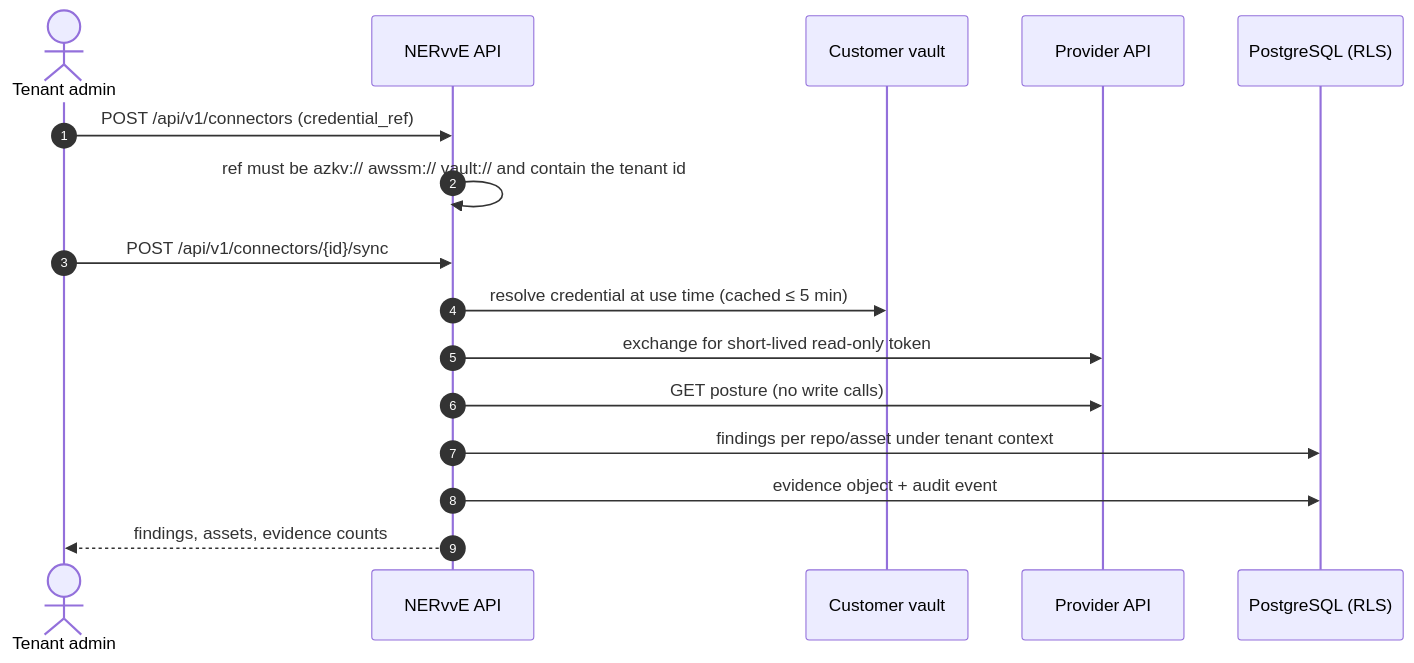
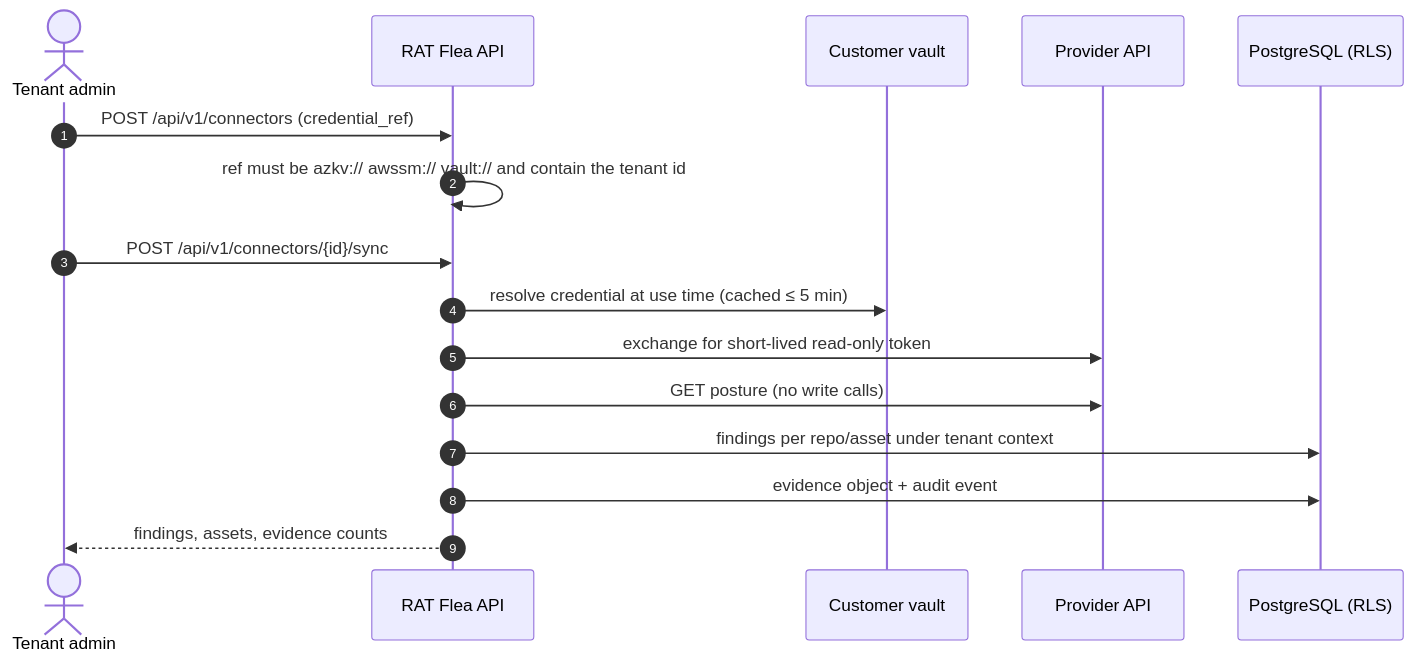
The diagram in docs/enterprise/CONNECTORS.md (sudheerkumard/nerve-myelin-DevSec), drawn with Mermaid before and after one commit. The commit also changed other lines of this file and 234 other files, not shown here.

Commit message:
Rebrand product as RAT Flea DevSec

````diff
--- a/docs/enterprise/CONNECTORS.md
+++ b/docs/enterprise/CONNECTORS.md
@@ -11,18 +11,18 @@
 ```mermaid
 sequenceDiagram
   autonumber
   actor A as Tenant admin
-  participant M as NERvvE API
+  participant M as RAT Flea API
   participant V as Customer vault
   participant X as Provider API
   participant DB as PostgreSQL (RLS)
   A->>M: POST /api/v1/connectors (credential_ref)
   M->>M: ref must be azkv:// awssm:// vault:// and contain the tenant id
   A->>M: POST /api/v1/connectors/{id}/sync
   M->>V: resolve credential at use time (cached ≤ 5 min)
   M->>X: exchange for short-lived read-only token
   M->>X: GET posture (no write calls)
   M->>DB: findings per repo/asset under tenant context
   M->>DB: evidence object + audit event
   M-->>A: findings, assets, evidence counts
 ```
````
